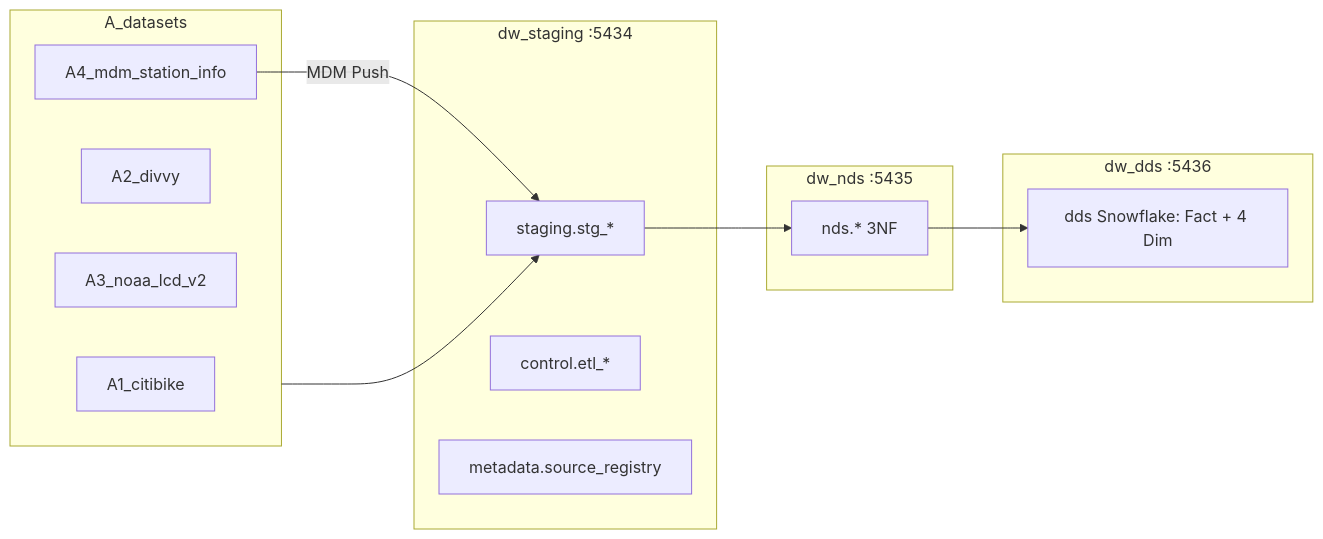
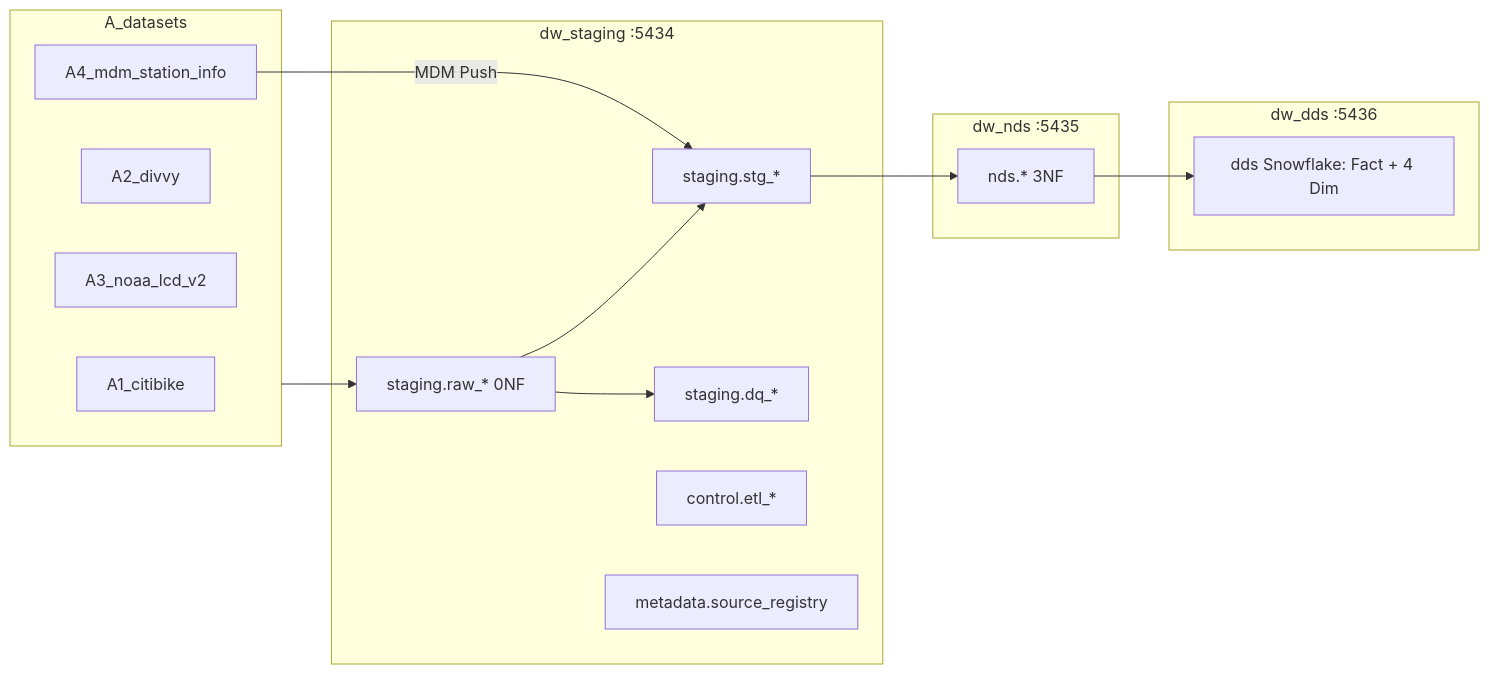
The first of 6 diagrams in 4_Official_Hop_Project/README.md (1653072/hcmus-master-is-bi), drawn with Mermaid before and after one commit. The commit also changed other lines of this file and 28 other files, not shown here.

````diff
--- a/4_Official_Hop_Project/README.md
+++ b/4_Official_Hop_Project/README.md
@@ -582,23 +606,26 @@
 ```mermaid
 flowchart LR
   subgraph sources [A_datasets]
     A1[A1_citibike]
     A2[A2_divvy]
     A3[A3_noaa_lcd_v2]
     A4[A4_mdm_station_info]
   end
   subgraph stg [dw_staging :5434]
+    RAW[staging.raw_* 0NF]
     STG[staging.stg_*]
+    DQ[staging.dq_*]
     CTL[control.etl_*]
     META[metadata.source_registry]
   end
   subgraph nds [dw_nds :5435]
     NDS3[nds.* 3NF]
   end
   subgraph dds [dw_dds :5436]
     SNOWFLAKE["dds Snowflake: Fact + 4 Dim"]
   end
-  sources --> STG
+  sources --> RAW --> STG
+  RAW --> DQ
   STG --> NDS3 --> SNOWFLAKE
   A4 -->|MDM Push| STG
 ```
````
